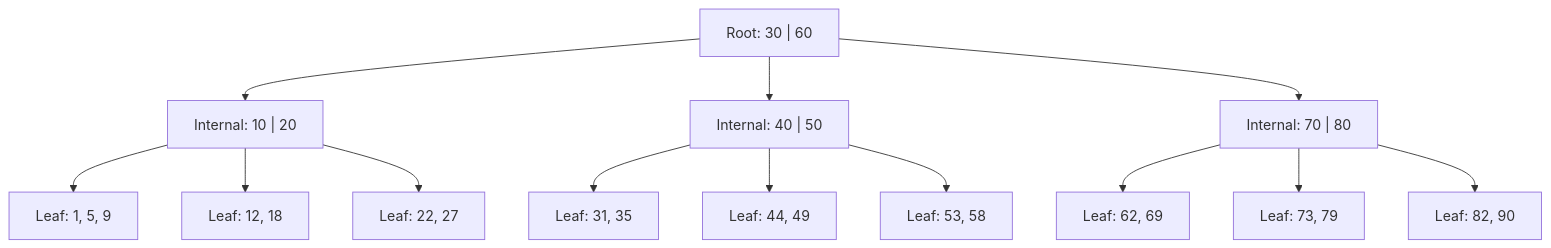
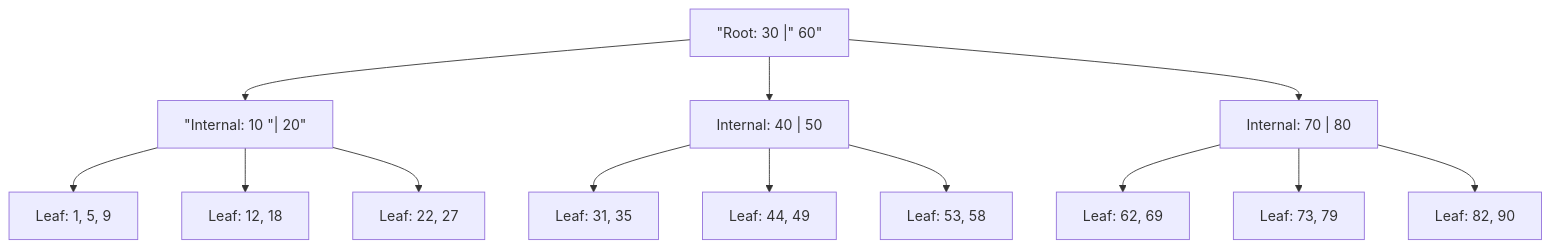
Before and after one commit to justinbrianhwang/SJ-wiki: the diagram in docs/cs/databases/indexing-bplus-hash-bitmap.md, drawn with Mermaid. The commit also changed 216 other files, not shown here.

Commit message:
Quote Mermaid node/edge labels with special characters to prevent client-side parse errors

````diff
--- a/docs/cs/databases/indexing-bplus-hash-bitmap.md
+++ b/docs/cs/databases/indexing-bplus-hash-bitmap.md
@@ -52,15 +52,15 @@
 ```mermaid
 flowchart TD
-  R["Root: 30 | 60"] --> A["Internal: 10 | 20"]
+  R["#quot;Root: 30 |#quot; 60#quot;"] --> A["#quot;Internal: 10 #quot;| 20#quot;"]
   R --> B["Internal: 40 | 50"]
   R --> C["Internal: 70 | 80"]
   A --> L1["Leaf: 1, 5, 9"]
   A --> L2["Leaf: 12, 18"]
   A --> L3["Leaf: 22, 27"]
   B --> L4["Leaf: 31, 35"]
   B --> L5["Leaf: 44, 49"]
   B --> L6["Leaf: 53, 58"]
   C --> L7["Leaf: 62, 69"]
   C --> L8["Leaf: 73, 79"]
   C --> L9["Leaf: 82, 90"]
 ```
````
